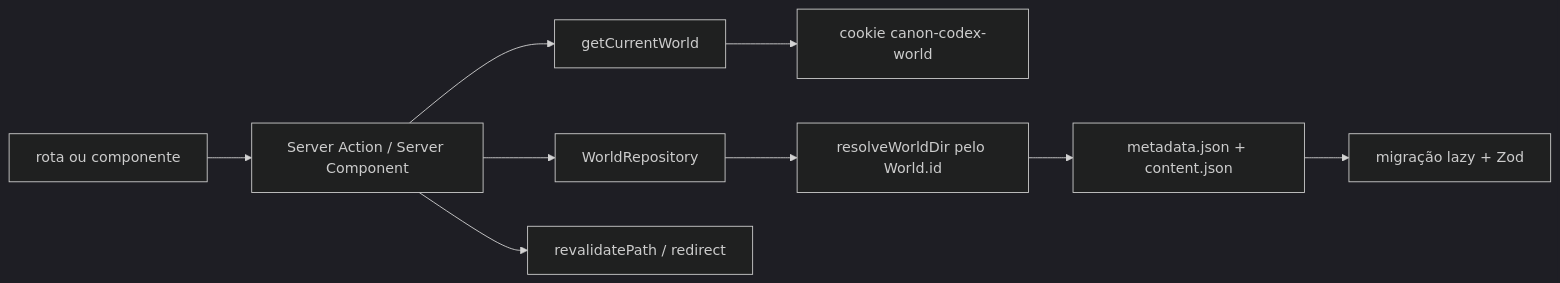
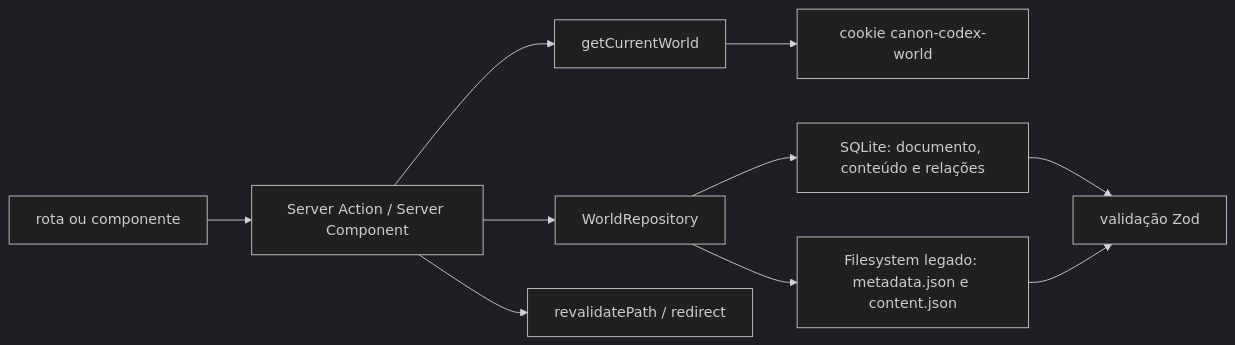
One commit to Eni19/Canon_Codex changed the diagram in docs/architecture/overview.md. Above: the diagram before and after it, drawn with Mermaid (dark theme). The commit also changed other lines of this file and 41 other files, not shown here.

````diff
--- a/docs/architecture/overview.md
+++ b/docs/architecture/overview.md
@@ -29,11 +33,12 @@
 ```mermaid
 flowchart LR
   U[rota ou componente] --> A[Server Action / Server Component]
   A --> W[getCurrentWorld]
   W --> C[cookie canon-codex-world]
   A --> R[WorldRepository]
-  R --> D[resolveWorldDir pelo World.id]
-  D --> M[metadata.json + content.json]
-  M --> V[migração lazy + Zod]
+  R --> S[SQLite: documento, conteúdo e relações]
+  R --> F[Filesystem legado: metadata.json e content.json]
+  S --> V[validação Zod]
+  F --> V
   A --> UI[revalidatePath / redirect]
 ```
````
